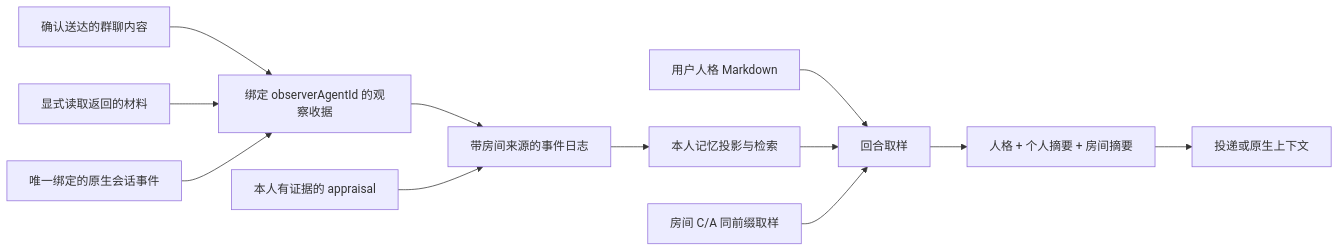
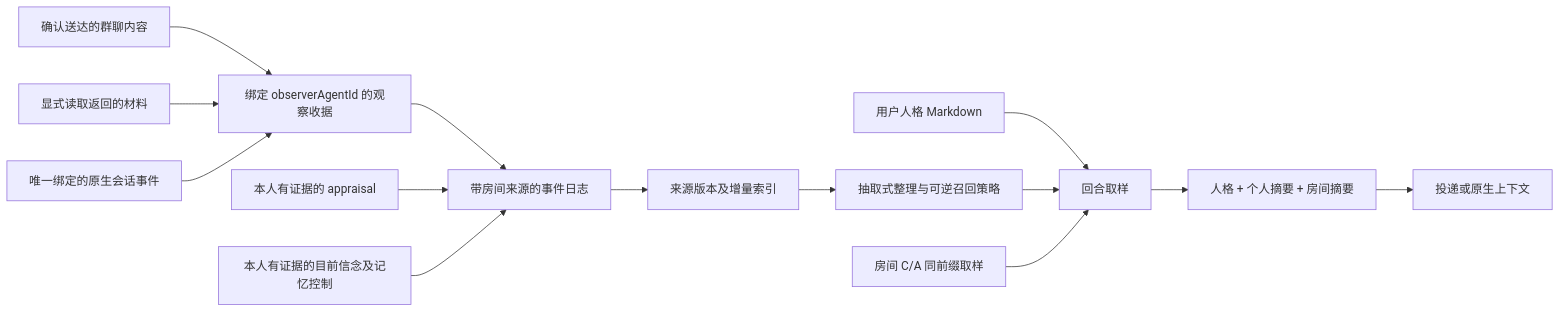
The diagram in docs/agent-memory-architecture.md (ALPSIYH/dsh-chat-local), drawn with Mermaid before and after one commit. The commit also changed other lines of this file and 43 other files, not shown here.

````diff
--- a/docs/agent-memory-architecture.md
+++ b/docs/agent-memory-architecture.md
@@ -35,14 +43,16 @@
 ```mermaid
 flowchart LR
     P[用户人格 Markdown] --> S[回合取样]
     R[确认送达的群聊内容] --> O[绑定 observerAgentId 的观察收据]
     T[显式读取返回的材料] --> O
     N[唯一绑定的原生会话事件] --> O
     O --> E[带房间来源的事件日志]
     A[本人有证据的 appraisal] --> E
-    E --> M[本人记忆投影与检索]
-    M --> S
+    B[本人有证据的目前信念及记忆控制] --> E
+    E --> M[来源版本及增量索引]
+    M --> L[抽取式整理与可逆召回策略]
+    L --> S
     C[房间 C/A 同前缀取样] --> S
     S --> I[人格 + 个人摘要 + 房间摘要]
     I --> D[投递或原生上下文]
 ```
````
